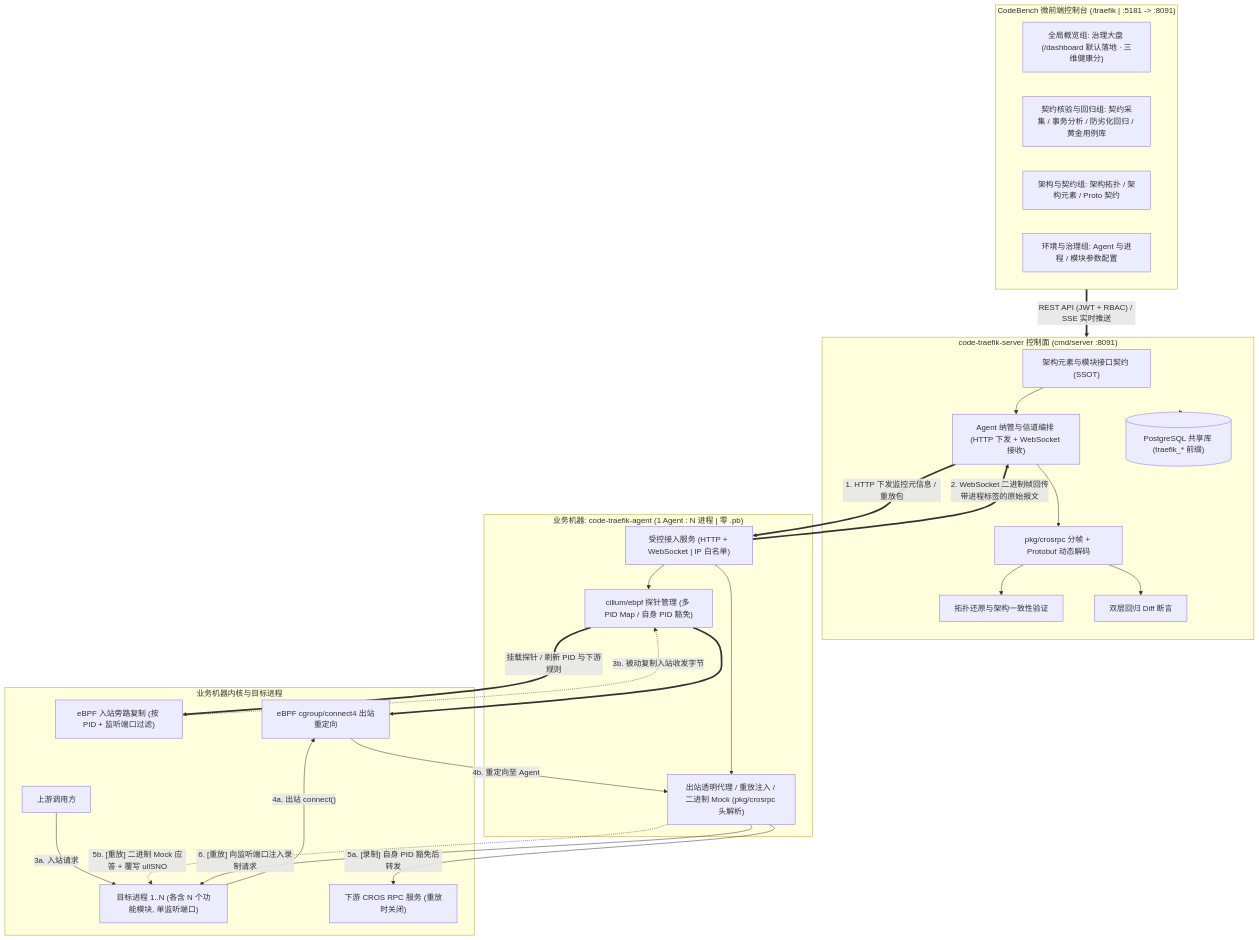
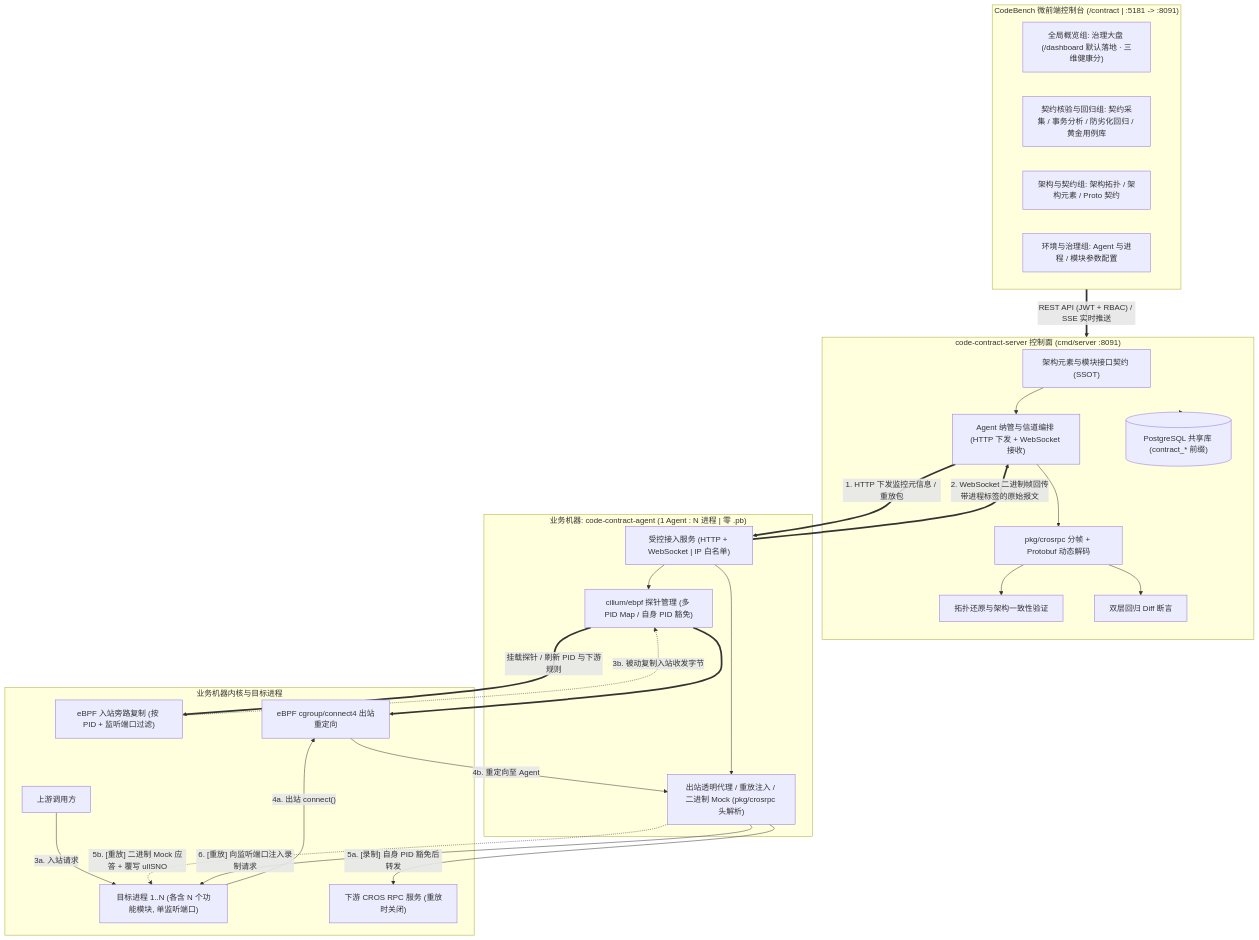
The first of 2 diagrams in docs/01-features/01-feature-matrix.md (fugui/code-contract), drawn with Mermaid before and after one commit. The commit also changed other lines of this file and 238 other files, not shown here.

Commit message:
refactor: 完成模块由 code-traefik 更名为 code-contract 并清理历史兼容垫片 (ADR-20)

````diff
--- a/docs/01-features/01-feature-matrix.md
+++ b/docs/01-features/01-feature-matrix.md
@@ -98,53 +98,53 @@
 ```mermaid
 flowchart TB
-    subgraph Portal["CodeBench 微前端控制台 (/traefik | :5181 -> :8091)"]
+    subgraph Portal["CodeBench 微前端控制台 (/contract | :5181 -> :8091)"]
         UI_Dash["全局概览组: 治理大盘 (/dashboard 默认落地 · 三维健康分)"]
         UI_Flow["契约核验与回归组: 契约采集 / 事务分析 / 防劣化回归 / 黄金用例库"]
         UI_Arch["架构与契约组: 架构拓扑 / 架构元素 / Proto 契约"]
         UI_Env["环境与治理组: Agent 与进程 / 模块参数配置"]
     end
 
-    subgraph ControlPlane["code-traefik-server 控制面 (cmd/server :8091)"]
+    subgraph ControlPlane["code-contract-server 控制面 (cmd/server :8091)"]
         Arch_Mgr["架构元素与模块接口契约 (SSOT)"]
         Agent_Hub["Agent 纳管与信道编排 (HTTP 下发 + WebSocket 接收)"]
         Decoder["pkg/crosrpc 分帧 + Protobuf 动态解码"]
         Topo_Eng["拓扑还原与架构一致性验证"]
         Diff_Eng["双层回归 Diff 断言"]
-        Store[("PostgreSQL 共享库 (traefik_* 前缀)")]
+        Store[("PostgreSQL 共享库 (contract_* 前缀)")]
     end
 
-    subgraph DataPlane["业务机器: code-traefik-agent (1 Agent : N 进程 | 零 .pb)"]
+    subgraph DataPlane["业务机器: code-contract-agent (1 Agent : N 进程 | 零 .pb)"]
         Agent_Srv["受控接入服务 (HTTP + WebSocket | IP 白名单)"]
         EBPF_Mgr["cilium/ebpf 探针管理 (多 PID Map / 自身 PID 豁免)"]
         Proxy["出站透明代理 / 重放注入 / 二进制 Mock (pkg/crosrpc 头解析)"]
     end
 
     subgraph BizHost["业务机器内核与目标进程"]
         Ingress_Hook["eBPF 入站旁路复制 (按 PID + 监听端口过滤)"]
         Connect_Hook["eBPF cgroup/connect4 出站重定向"]
         TargetProc["目标进程 1..N (各含 N 个功能模块, 单监听端口)"]
         Client["上游调用方"]
         Downstream["下游 CROS RPC 服务 (重放时关闭)"]
     end
 
     Portal == "REST API (JWT + RBAC) / SSE 实时推送" ==> ControlPlane
     Arch_Mgr --> Agent_Hub
     Agent_Hub --> Decoder --> Topo_Eng
     Decoder --> Diff_Eng
     ControlPlane --> Store
 
     Agent_Hub == "1. HTTP 下发监控元信息 / 重放包" ==> Agent_Srv
     Agent_Srv == "2. WebSocket 二进制帧回传带进程标签的原始报文" ==> Agent_Hub
     Agent_Srv --> EBPF_Mgr
     Agent_Srv --> Proxy
     EBPF_Mgr == "挂载探针 / 刷新 PID 与下游规则" ==> Ingress_Hook
     EBPF_Mgr ==> Connect_Hook
 
     Client -- "3a. 入站请求" --> TargetProc
     Ingress_Hook -. "3b. 被动复制入站收发字节" .-> EBPF_Mgr
     TargetProc -- "4a. 出站 connect()" --> Connect_Hook
     Connect_Hook -- "4b. 重定向至 Agent" --> Proxy
     Proxy -- "5a. [录制] 自身 PID 豁免后转发" --> Downstream
     Proxy -. "5b. [重放] 二进制 Mock 应答 + 覆写 ullSNO" .-> TargetProc
     Proxy -- "6. [重放] 向监听端口注入录制请求" --> TargetProc
 ```
````
